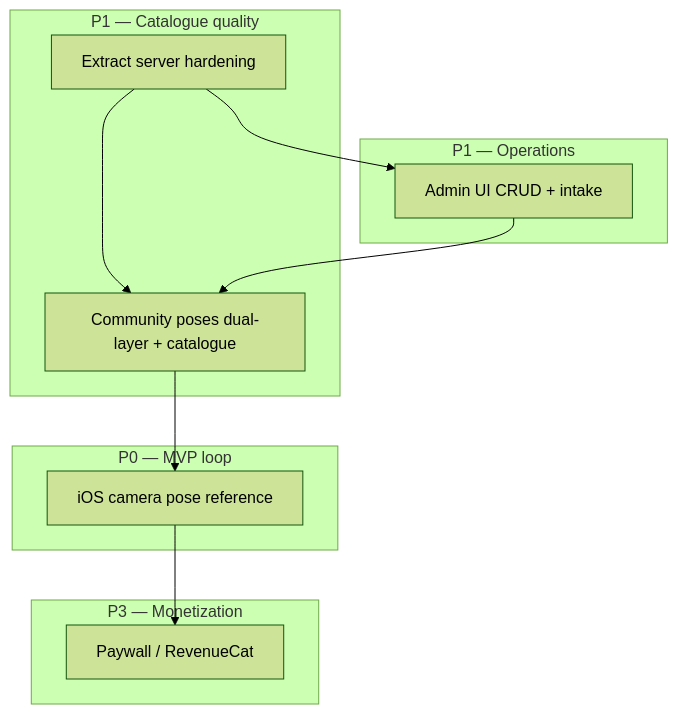
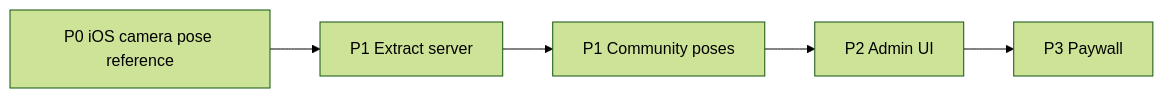
The diagram in plans/260830-1327-snap-pose-roadmap/roadmap.md (pnphongk23/posing-monorepo), drawn with Mermaid (forest theme) before and after one commit. The commit also changed other lines of this file and 7 other files, not shown here.

First line of the commit message:
docs(backlog): remediate survey, roadmap, and P0 plan for truthful handoff claims

````diff
--- a/plans/260830-1327-snap-pose-roadmap/roadmap.md
+++ b/plans/260830-1327-snap-pose-roadmap/roadmap.md
@@ -35,21 +43,13 @@
 ```mermaid
-flowchart TD
-  subgraph P0["P0 — MVP loop"]
-    CAM[iOS camera pose reference]
-  end
-  subgraph P1a["P1 — Catalogue quality"]
-    EXT[Extract server hardening]
-    COM[Community poses dual-layer + catalogue]
-  end
-  subgraph P1b["P1 — Operations"]
-    ADM[Admin UI CRUD + intake]
-  end
-  subgraph P3["P3 — Monetization"]
-    PAY[Paywall / RevenueCat]
-  end
+flowchart LR
+  CAM[P0 iOS camera pose reference]
+  EXT[P1 Extract server]
+  COM[P1 Community poses]
+  ADM[P2 Admin UI]
+  PAY[P3 Paywall]
+
+  CAM --> EXT
   EXT --> COM
-  EXT --> ADM
-  COM --> CAM
-  CAM --> PAY
-  ADM --> COM
+  COM --> ADM
+  ADM --> PAY
 ```
````
